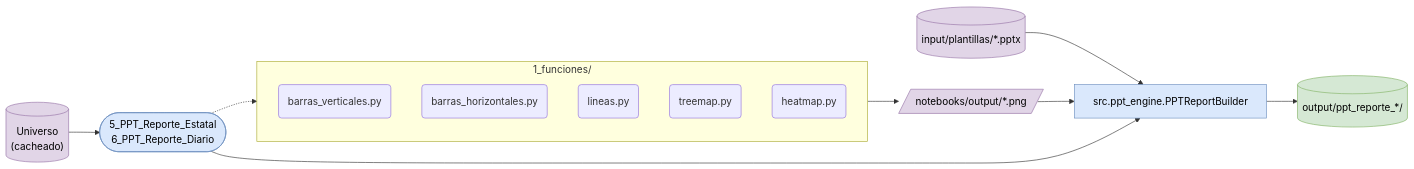
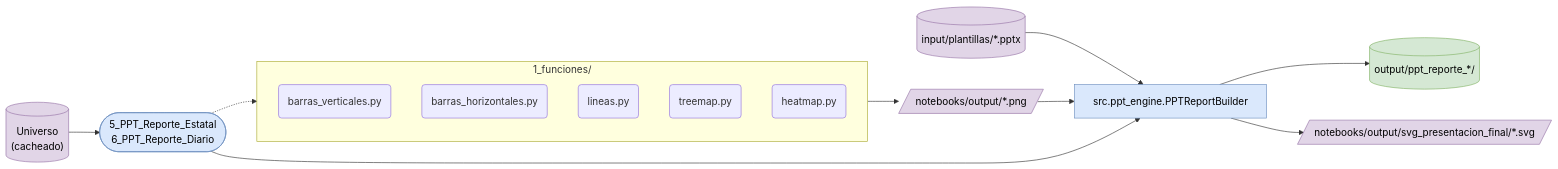
The diagram in docs/4_generacion_de_reportes.md (LuisAlbertoRT/desaparecidos_ajustada), drawn with Mermaid before and after one commit. The commit also changed other lines of this file and 4 other files, not shown here.

````diff
--- a/docs/4_generacion_de_reportes.md
+++ b/docs/4_generacion_de_reportes.md
@@ -7,23 +7,24 @@
 ```mermaid
 graph LR
     classDef nb fill:#dae8fc,stroke:#6c8ebf,color:#000;
     classDef art fill:#e1d5e7,stroke:#9673a6,color:#000;
     classDef sal fill:#d5e8d4,stroke:#82b366,color:#000;
 
     U[("Universo<br>(cacheado)")]:::art --> NB(["5_PPT_Reporte_Estatal<br>6_PPT_Reporte_Diario"]):::nb
 
     subgraph G ["1_funciones/"]
         B1(barras_verticales.py)
         B2(barras_horizontales.py)
         B3(lineas.py)
         B4(treemap.py)
         B5(heatmap.py)
     end
     NB -.-> G
     G --> PNG[/"notebooks/output/*.png"/]:::art
 
     PL[("input/plantillas/*.pptx")]:::art --> PPT
     PNG --> PPT
     NB --> PPT["src.ppt_engine.PPTReportBuilder"]:::nb
     PPT --> OUT[("output/ppt_reporte_*/")]:::sal
+    PPT --> SVG[/"notebooks/output/svg_presentacion_final/*.svg"/]:::art
 ```
````
